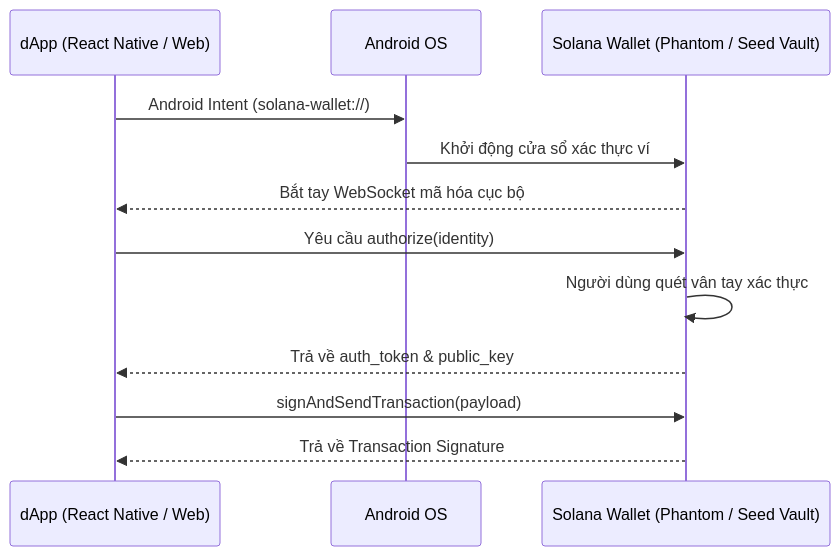
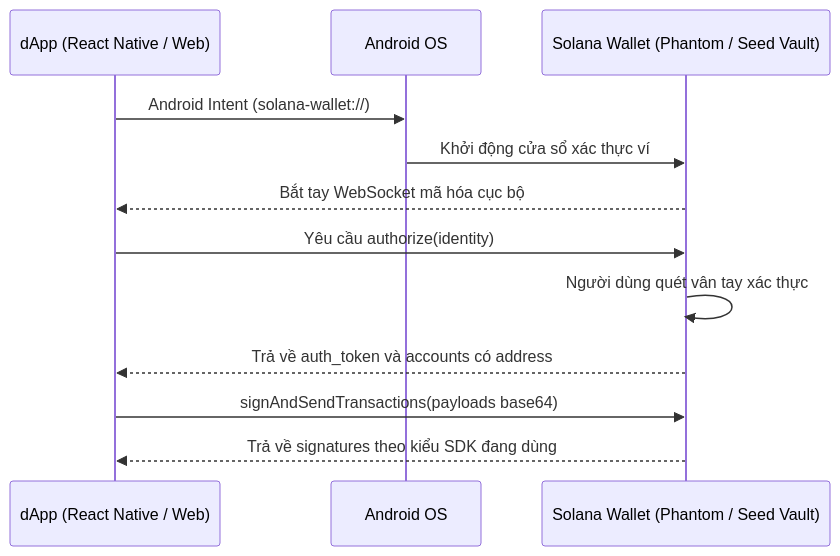
One commit to ntbaoheyhey/dev3pack-hackathon changed the diagram in docs/learning/008-solana-mobile-seeker.md. Above: the diagram before and after it, drawn with Mermaid. The commit also changed other lines of this file and 2 other files, not shown here.

Commit message:
docs(R06): match MWA authorization to versioned SDK types

````diff
--- a/docs/learning/008-solana-mobile-seeker.md
+++ b/docs/learning/008-solana-mobile-seeker.md
@@ -47,15 +47,15 @@
 ```mermaid
 sequenceDiagram
     participant App as dApp (React Native / Web)
     participant OS as Android OS
     participant Wallet as Solana Wallet (Phantom / Seed Vault)
 
     App->>OS: Android Intent (solana-wallet://)
     OS->>Wallet: Khởi động cửa sổ xác thực ví
     Wallet-->>App: Bắt tay WebSocket mã hóa cục bộ
     App->>Wallet: Yêu cầu authorize(identity)
     Wallet->>Wallet: Người dùng quét vân tay xác thực
-    Wallet-->>App: Trả về auth_token & public_key
-    App->>Wallet: signAndSendTransaction(payload)
-    Wallet-->>App: Trả về Transaction Signature
+    Wallet-->>App: Trả về auth_token và accounts có address
+    App->>Wallet: signAndSendTransactions(payloads base64)
+    Wallet-->>App: Trả về signatures theo kiểu SDK đang dùng
 ```
````
